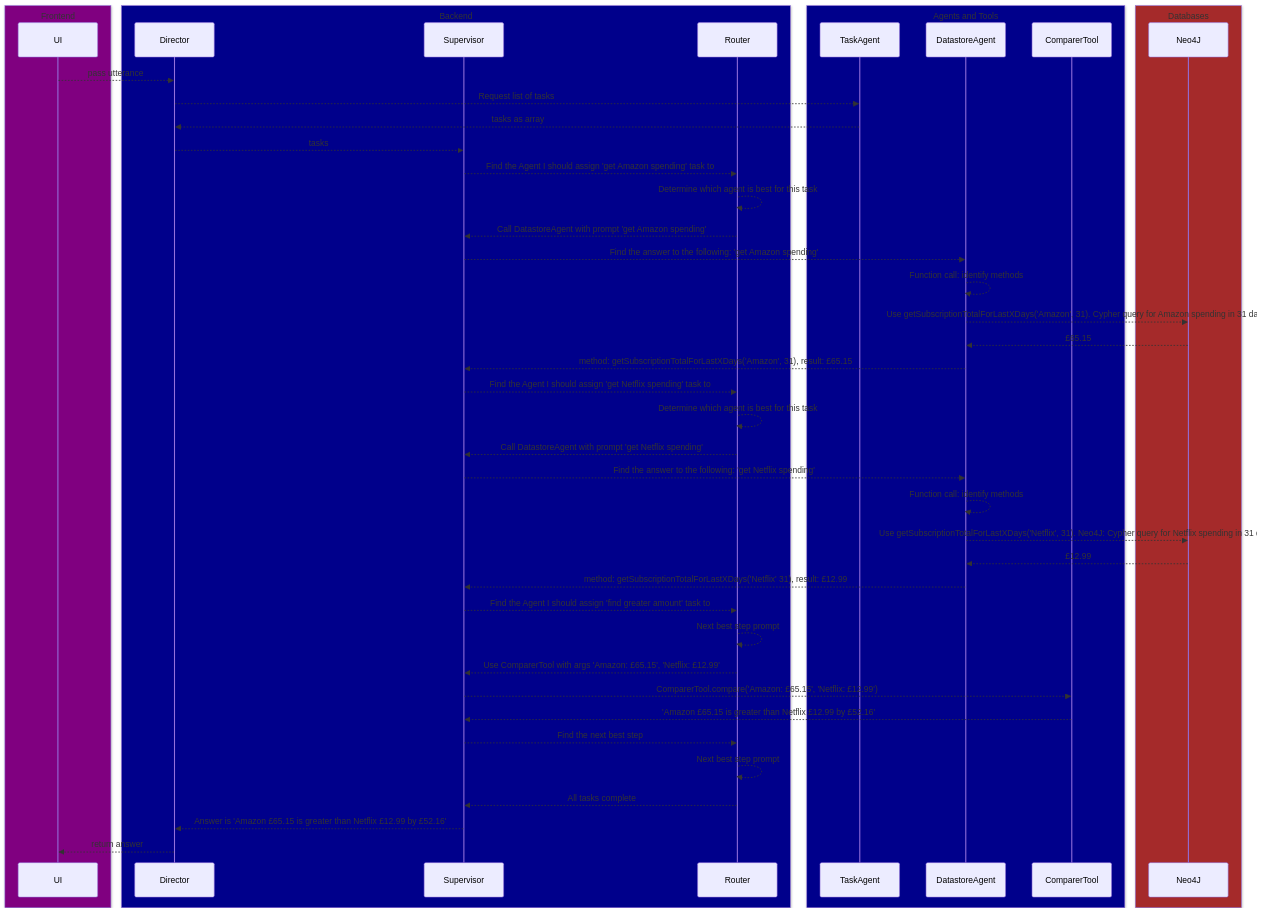
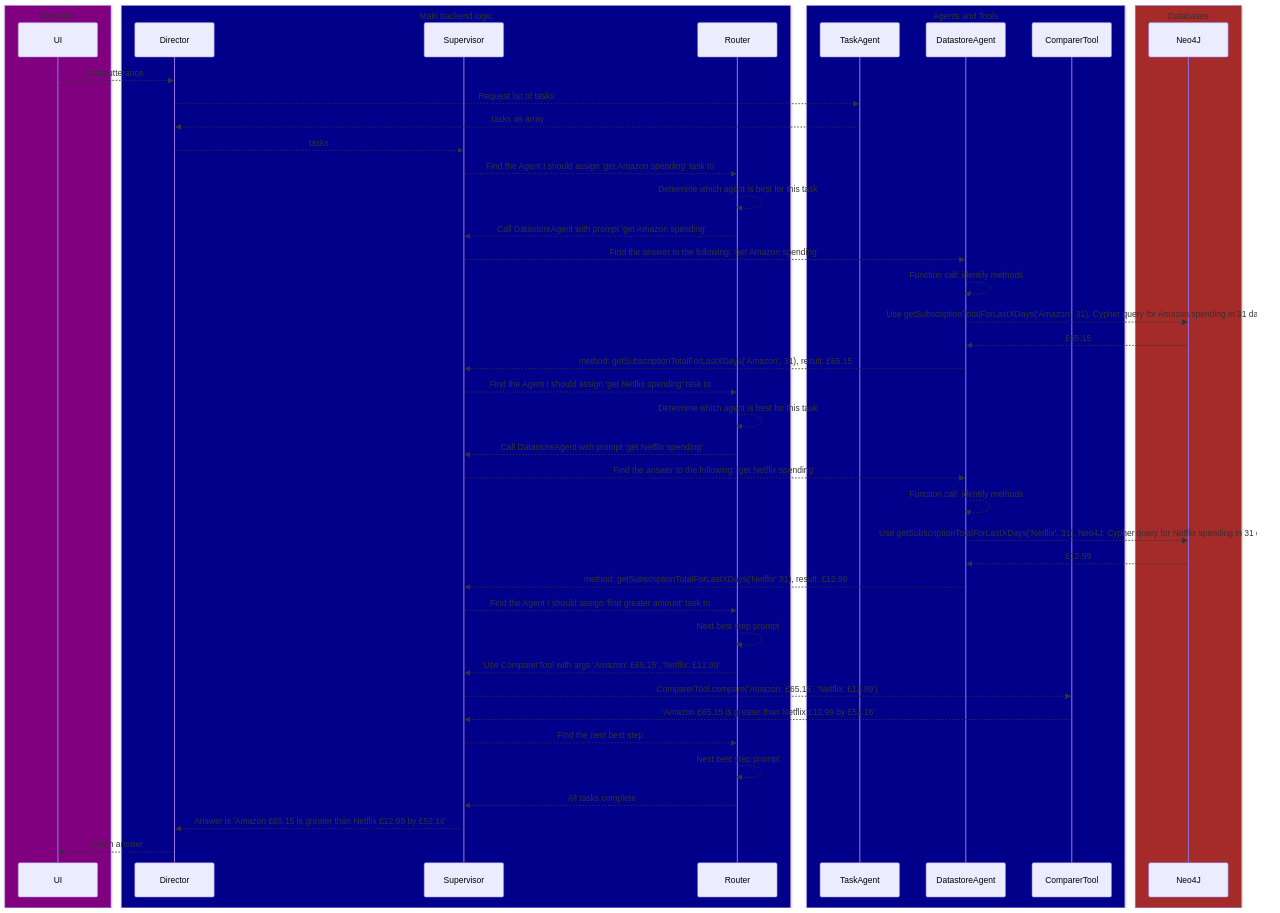
Before and after one commit to WaitThatShouldntWork/InferGPT: the third of 3 diagrams in assets/sum-my-subscriptions/happy_flows_simple.md, drawn with Mermaid. The commit also changed other lines of this file, not shown here.

````diff
--- a/assets/sum-my-subscriptions/happy_flows_simple.md
+++ b/assets/sum-my-subscriptions/happy_flows_simple.md
@@ -24,49 +30,49 @@
 ```mermaid
 sequenceDiagram
     box Purple Frontend
     participant UI
     end
-    box DarkBlue Backend
+    box DarkBlue Main backend logic
     participant Director
     participant Supervisor
     participant Router
     end
     box DarkBlue Agents and Tools
     participant TaskAgent
     participant DatastoreAgent
     participant ComparerTool
     end
     box Brown Databases
     participant Neo4J
     end
     UI -->> Director: pass utterance
     Director -->> TaskAgent: Request list of tasks
     TaskAgent -->> Director: tasks as array
     Director -->> Supervisor: tasks
     Supervisor -->> Router: Find the Agent I should assign 'get Amazon spending' task to
     Router -->> Router: Determine which agent is best for this task
     Router -->> Supervisor: Call DatastoreAgent with prompt 'get Amazon spending'
     Supervisor -->> DatastoreAgent: Find the answer to the following: 'get Amazon spending'
     DatastoreAgent -->> DatastoreAgent: Function call: identify methods
     DatastoreAgent -->> Neo4J: Use getSubscriptionTotalForLastXDays('Amazon', 31). Cypher query for Amazon spending in 31 days
     Neo4J -->> DatastoreAgent: £65.15
     DatastoreAgent -->> Supervisor: method: getSubscriptionTotalForLastXDays('Amazon', 31), result: £65.15
     Supervisor -->> Router: Find the Agent I should assign 'get Netflix spending' task to
     Router -->> Router: Determine which agent is best for this task
     Router -->> Supervisor: Call DatastoreAgent with prompt 'get Netflix spending'
     Supervisor -->> DatastoreAgent: Find the answer to the following: 'get Netflix spending'
     DatastoreAgent -->> DatastoreAgent: Function call: identify methods
     DatastoreAgent -->> Neo4J: Use getSubscriptionTotalForLastXDays('Netflix', 31). Neo4J: Cypher query for Netflix spending in 31 days
     Neo4J -->> DatastoreAgent: £12.99
     DatastoreAgent -->> Supervisor: method: getSubscriptionTotalForLastXDays('Netflix' 31), result: £12.99
     Supervisor -->> Router: Find the Agent I should assign 'find greater amount' task to
     Router -->> Router: Next best step prompt
     Router -->> Supervisor: Use ComparerTool with args 'Amazon: £65.15', 'Netflix: £12.99'
     Supervisor -->> ComparerTool: ComparerTool.compare('Amazon: £65.15', 'Netflix: £12.99')
     ComparerTool -->> Supervisor: 'Amazon £65.15 is greater than Netflix £12.99 by £52.16'
     Supervisor -->> Router: Find the next best step
     Router -->> Router: Next best step prompt
     Router -->> Supervisor: All tasks complete
     Supervisor -->> Director: Answer is 'Amazon £65.15 is greater than Netflix £12.99 by £52.16'
     Director -->> UI: return answer
 ```
````
